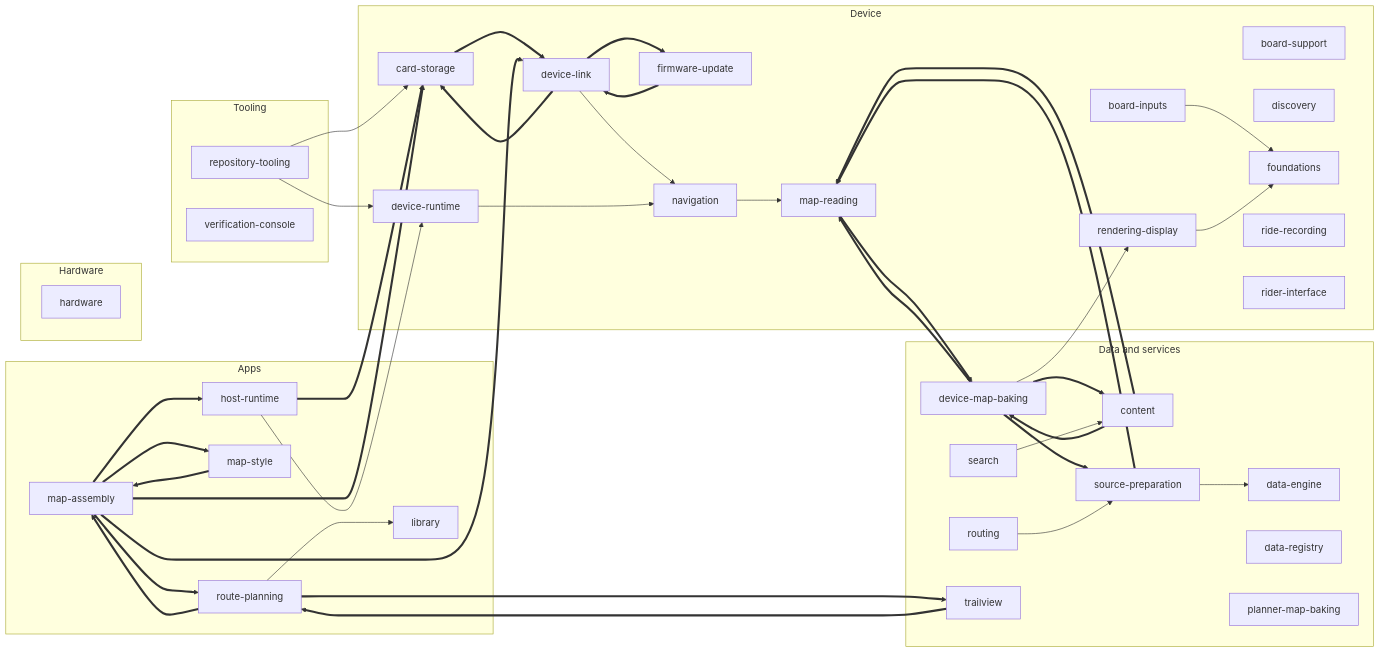
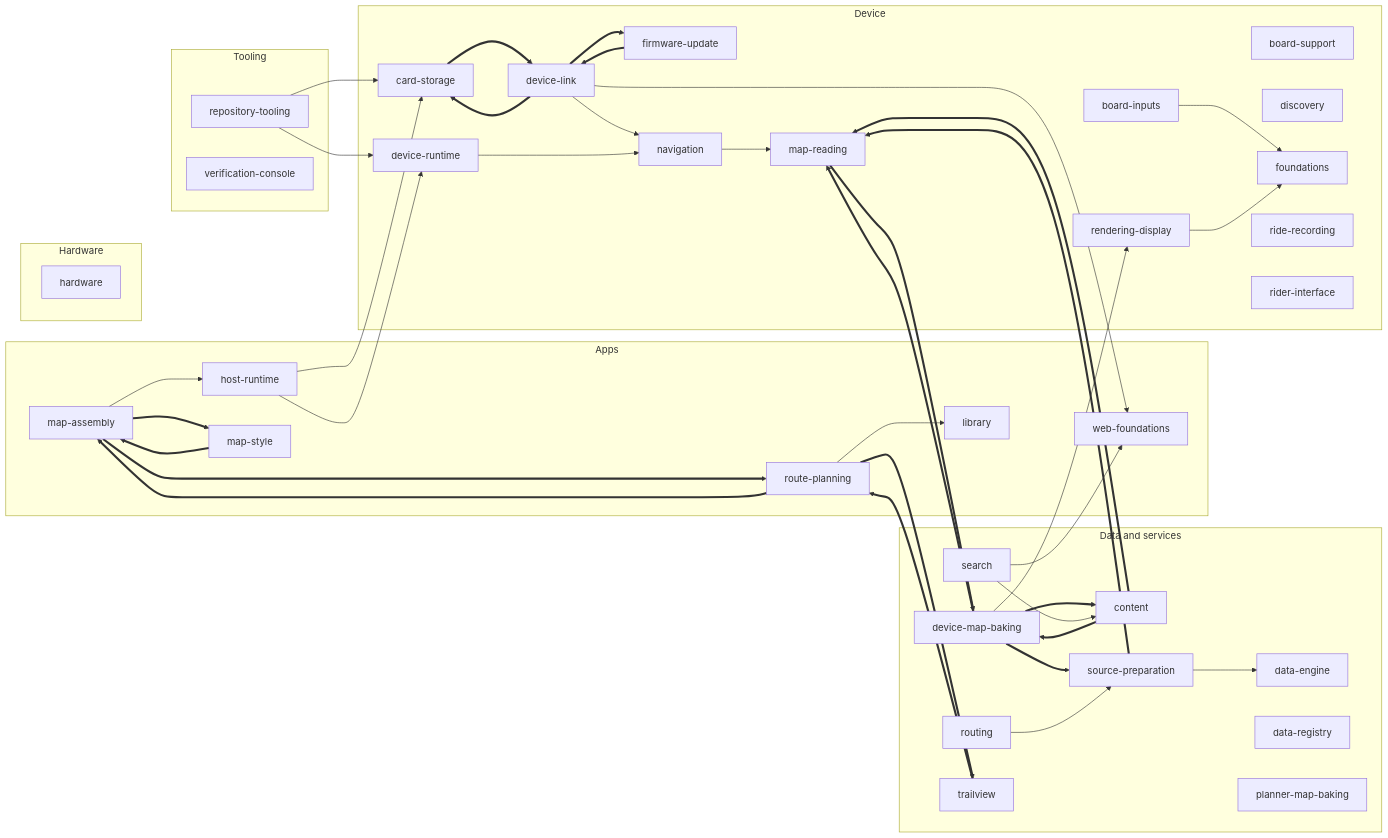
The diagram in docs/design/README.md (timohueser/OpenBikeComputer), drawn with Mermaid before and after one commit. The commit also changed other lines of this file and 13 other files, not shown here.

````diff
--- a/docs/design/README.md
+++ b/docs/design/README.md
@@ -9,77 +9,78 @@
 ```mermaid
 flowchart LR
   subgraph area0["Apps"]
     s_host_runtime["host-runtime"]
     s_library["library"]
     s_map_assembly["map-assembly"]
     s_map_style["map-style"]
     s_route_planning["route-planning"]
+    s_web_foundations["web-foundations"]
   end
   subgraph area1["Data and services"]
     s_content["content"]
     s_data_engine["data-engine"]
     s_data_registry["data-registry"]
     s_device_map_baking["device-map-baking"]
     s_planner_map_baking["planner-map-baking"]
     s_routing["routing"]
     s_search["search"]
     s_source_preparation["source-preparation"]
     s_trailview["trailview"]
   end
   subgraph area2["Device"]
     s_board_inputs["board-inputs"]
     s_board_support["board-support"]
     s_card_storage["card-storage"]
     s_device_link["device-link"]
     s_device_runtime["device-runtime"]
     s_discovery["discovery"]
     s_firmware_update["firmware-update"]
     s_foundations["foundations"]
     s_map_reading["map-reading"]
     s_navigation["navigation"]
     s_rendering_display["rendering-display"]
     s_ride_recording["ride-recording"]
     s_rider_interface["rider-interface"]
   end
   subgraph area3["Hardware"]
     s_hardware["hardware"]
   end
   subgraph area4["Tooling"]
     s_repository_tooling["repository-tooling"]
     s_verification_console["verification-console"]
   end
   s_board_inputs --> s_foundations
   s_card_storage ==> s_device_link
   s_content ==> s_device_map_baking
   s_content ==> s_map_reading
   s_device_link ==> s_card_storage
   s_device_link ==> s_firmware_update
   s_device_link --> s_navigation
+  s_device_link --> s_web_foundations
   s_device_map_baking ==> s_content
   s_device_map_baking ==> s_map_reading
   s_device_map_baking --> s_rendering_display
   s_device_map_baking ==> s_source_preparation
   s_device_runtime --> s_navigation
   s_firmware_update ==> s_device_link
-  s_host_runtime ==> s_card_storage
+  s_host_runtime --> s_card_storage
   s_host_runtime --> s_device_runtime
-  s_map_assembly ==> s_card_storage
-  s_map_assembly ==> s_device_link
-  s_map_assembly ==> s_host_runtime
+  s_map_assembly --> s_host_runtime
   s_map_assembly ==> s_map_style
   s_map_assembly ==> s_route_planning
   s_map_reading ==> s_device_map_baking
   s_map_style ==> s_map_assembly
   s_navigation --> s_map_reading
   s_rendering_display --> s_foundations
   s_repository_tooling --> s_card_storage
   s_repository_tooling --> s_device_runtime
   s_route_planning --> s_library
   s_route_planning ==> s_map_assembly
   s_route_planning ==> s_trailview
   s_routing --> s_source_preparation
   s_search --> s_content
+  s_search --> s_web_foundations
   s_source_preparation --> s_data_engine
   s_source_preparation ==> s_map_reading
   s_trailview ==> s_route_planning
 ```
````
